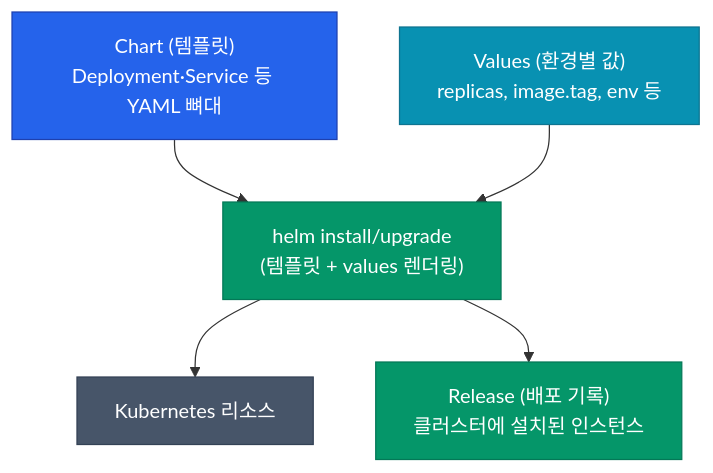
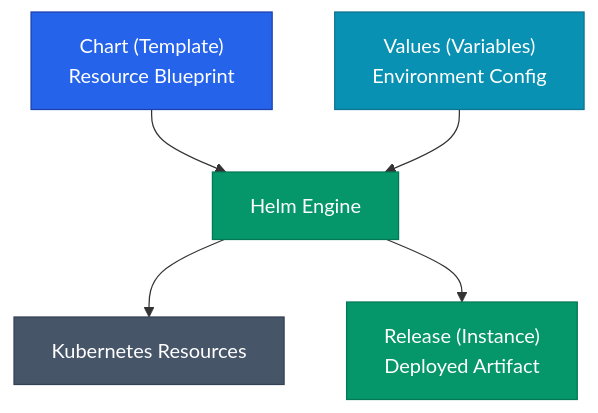
The diagram in _posts/container-orchestration/2026-04-20-helm-01-overview.md (No1Joon/No1Joon.github.io), drawn with Mermaid before and after one commit. The commit also changed other lines of this file and 15 other files, not shown here.

````diff
--- a/_posts/container-orchestration/2026-04-20-helm-01-overview.md
+++ b/_posts/container-orchestration/2026-04-20-helm-01-overview.md
@@ -30,21 +29,21 @@
 ```mermaid
 flowchart TB
-    CHART["Chart (템플릿)<br/>Deployment·Service 등 YAML 뼈대"]
-    VALUES["Values (환경별 값)<br/>replicas, image.tag, env 등"]
-    RELEASE["Release (배포 기록)<br/>클러스터에 설치된 인스턴스"]
+    CHART["Chart (Template)<br/>Resource Blueprint"]
+    VALUES["Values (Variables)<br/>Environment Config"]
+    RELEASE["Release (Instance)<br/>Deployed Artifact"]
 
-    CHART --> RENDER["helm install/upgrade<br/>(템플릿 + values 렌더링)"]
+    CHART --> RENDER["Helm Engine"]
     VALUES --> RENDER
-    RENDER --> K8S["Kubernetes 리소스"]
+    RENDER --> K8S["Kubernetes Resources"]
     RENDER --> RELEASE
 
-    classDef chart fill:#2563eb,stroke:#1e40af,color:#ffffff
-    classDef values fill:#0891b2,stroke:#0e7490,color:#ffffff
-    classDef release fill:#059669,stroke:#047857,color:#ffffff
-    classDef k8s fill:#475569,stroke:#334155,color:#ffffff
+    classDef primary fill:#2563eb,stroke:#1e40af,color:#ffffff
+    classDef info fill:#0891b2,stroke:#0e7490,color:#ffffff
+    classDef success fill:#059669,stroke:#047857,color:#ffffff
+    classDef neutral fill:#475569,stroke:#334155,color:#ffffff
 
-    class CHART chart
-    class VALUES values
-    class RELEASE,RENDER release
-    class K8S k8s
+    class CHART primary
+    class VALUES info
+    class RELEASE,RENDER success
+    class K8S neutral
 ```
````
